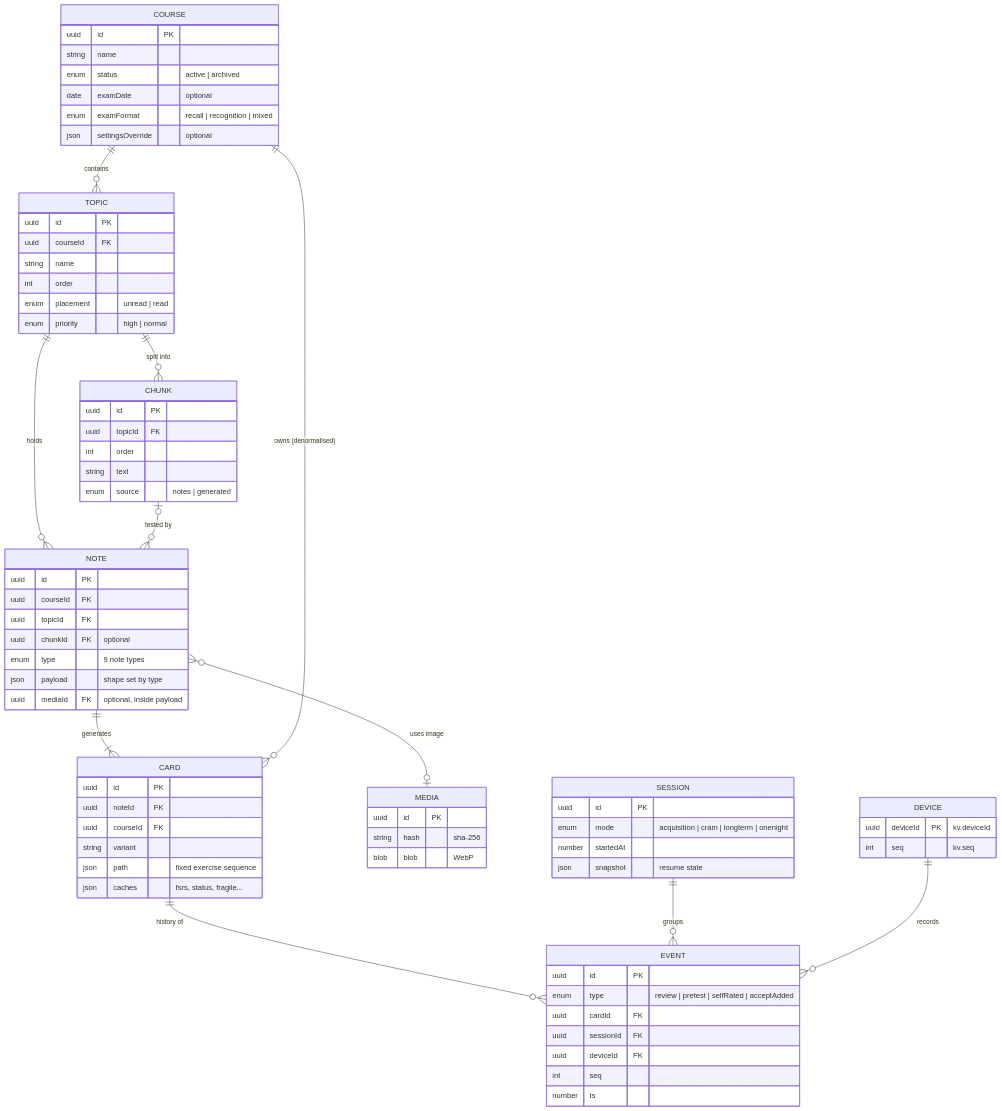
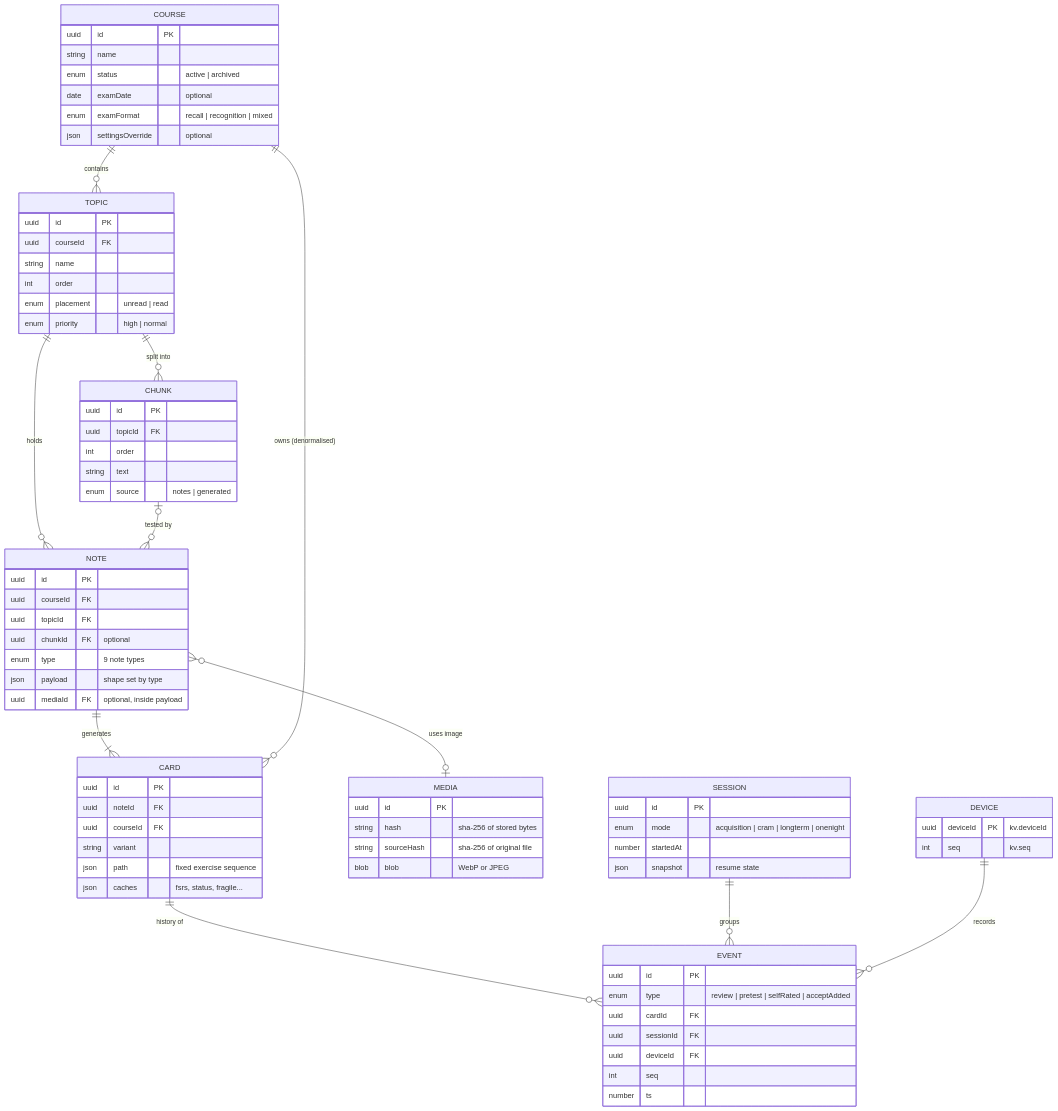
The diagram in docs/DATA_MODEL.md (Sirret/studyapp), drawn with Mermaid before and after one commit. The commit also changed other lines of this file and 29 other files, not shown here.

Commit message:
feat: Phase 6 step 2 - interface + data: occlusion hide/title/unplaced, media sourceHash (Dexie v3) and jpeg, IMAGE_MAX_PX 2000, figure specs + place/connect shapes, engine/import stubs; pdf.js and spike scripts removed

````diff
--- a/docs/DATA_MODEL.md
+++ b/docs/DATA_MODEL.md
@@ -17,78 +17,79 @@
 ```mermaid
 erDiagram
   COURSE ||--o{ TOPIC : contains
   TOPIC ||--o{ CHUNK : "split into"
   TOPIC ||--o{ NOTE : holds
   CHUNK |o--o{ NOTE : "tested by"
   NOTE ||--|{ CARD : generates
   NOTE }o--o| MEDIA : "uses image"
   CARD ||--o{ EVENT : "history of"
   SESSION ||--o{ EVENT : groups
   DEVICE ||--o{ EVENT : records
   COURSE ||--o{ CARD : "owns (denormalised)"
 
   COURSE {
     uuid id PK
     string name
     enum status "active | archived"
     date examDate "optional"
     enum examFormat "recall | recognition | mixed"
     json settingsOverride "optional"
   }
   TOPIC {
     uuid id PK
     uuid courseId FK
     string name
     int order
     enum placement "unread | read"
     enum priority "high | normal"
   }
   CHUNK {
     uuid id PK
     uuid topicId FK
     int order
     string text
     enum source "notes | generated"
   }
   NOTE {
     uuid id PK
     uuid courseId FK
     uuid topicId FK
     uuid chunkId FK "optional"
     enum type "9 note types"
     json payload "shape set by type"
     uuid mediaId FK "optional, inside payload"
   }
   CARD {
     uuid id PK
     uuid noteId FK
     uuid courseId FK
     string variant
     json path "fixed exercise sequence"
     json caches "fsrs, status, fragile..."
   }
   EVENT {
     uuid id PK
     enum type "review | pretest | selfRated | acceptAdded"
     uuid cardId FK
     uuid sessionId FK
     uuid deviceId FK
     int seq
     number ts
   }
   SESSION {
     uuid id PK
     enum mode "acquisition | cram | longterm | onenight"
     number startedAt
     json snapshot "resume state"
   }
   MEDIA {
     uuid id PK
-    string hash "sha-256"
-    blob blob "WebP"
+    string hash "sha-256 of stored bytes"
+    string sourceHash "sha-256 of original file"
+    blob blob "WebP or JPEG"
   }
   DEVICE {
     uuid deviceId PK "kv.deviceId"
     int seq "kv.seq"
   }
 ```
````
